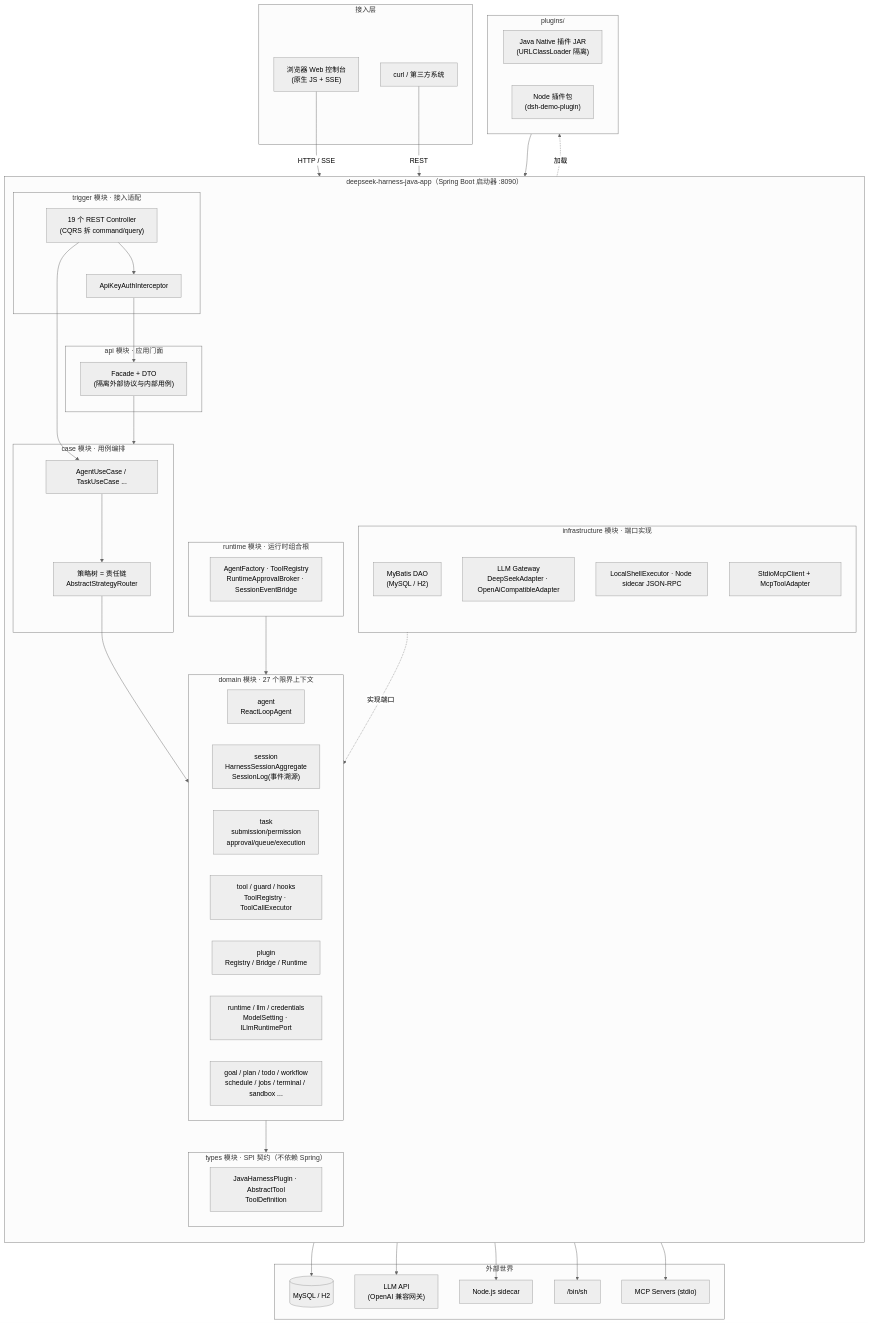
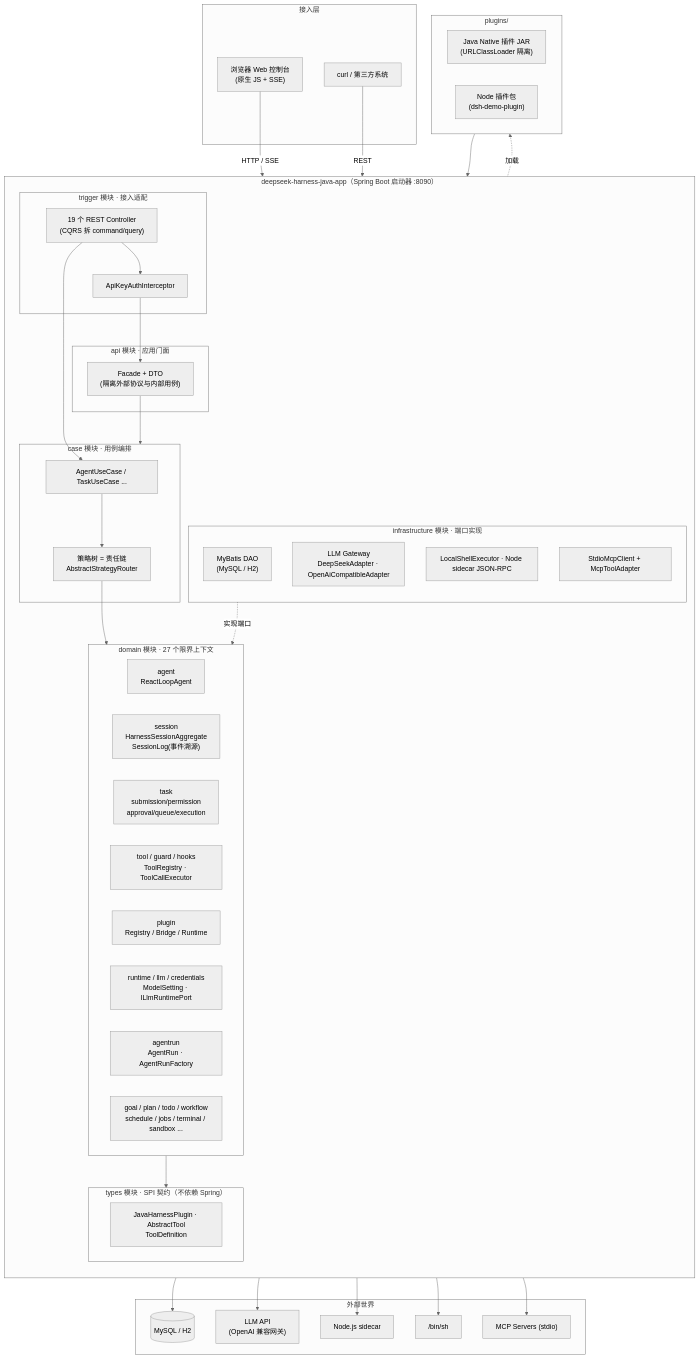
The first of 3 diagrams in README.md (Jaffrey29/XfgHarness), drawn with Mermaid (neutral theme) before and after one commit. The commit also changed other lines of this file and 169 other files, not shown here.

````diff
--- a/README.md
+++ b/README.md
@@ -226,81 +226,77 @@
 ```mermaid
 flowchart TB
     subgraph Clients["接入层"]
         Browser["浏览器 Web 控制台<br/>(原生 JS + SSE)"]
         Curl["curl / 第三方系统"]
     end
 
     subgraph Host["deepseek-harness-java-app（Spring Boot 启动器 :8090）"]
         direction TB
 
         subgraph Trigger["trigger 模块 · 接入适配"]
             Controllers["19 个 REST Controller<br/>(CQRS 拆 command/query)"]
             Auth["ApiKeyAuthInterceptor"]
-        end
-
-        subgraph Runtime["runtime 模块 · 运行时组合根"]
-            AgentRuntime["AgentFactory · ToolRegistry<br/>RuntimeApprovalBroker · SessionEventBridge"]
         end
 
         subgraph API["api 模块 · 应用门面"]
             Facade["Facade + DTO<br/>(隔离外部协议与内部用例)"]
         end
 
         subgraph Case["case 模块 · 用例编排"]
             UseCase["AgentUseCase / TaskUseCase ..."]
             Strategy["策略树 = 责任链<br/>AbstractStrategyRouter"]
         end
 
         subgraph Domain["domain 模块 · 27 个限界上下文"]
             direction LR
             AgentCore["agent<br/>ReactLoopAgent"]
             SessionD["session<br/>HarnessSessionAggregate<br/>SessionLog(事件溯源)"]
             TaskD["task<br/>submission/permission<br/>approval/queue/execution"]
             ToolD["tool / guard / hooks<br/>ToolRegistry · ToolCallExecutor"]
             PluginD["plugin<br/>Registry / Bridge / Runtime"]
             RuntimeD["runtime / llm / credentials<br/>ModelSetting · ILlmRuntimePort"]
+            AgentRunD["agentrun<br/>AgentRun · AgentRunFactory"]
             OtherD["goal / plan / todo / workflow<br/>schedule / jobs / terminal / sandbox ..."]
         end
 
         subgraph Types["types 模块 · SPI 契约（不依赖 Spring）"]
             SPI["JavaHarnessPlugin · AbstractTool<br/>ToolDefinition"]
         end
 
         subgraph Infra["infrastructure 模块 · 端口实现"]
             DAO["MyBatis DAO<br/>(MySQL / H2)"]
             LLMGW["LLM Gateway<br/>DeepSeekAdapter · OpenAiCompatibleAdapter"]
             ExecGW["LocalShellExecutor · Node sidecar JSON-RPC"]
             MCP["StdioMcpClient + McpToolAdapter"]
         end
     end
 
     subgraph External["外部世界"]
         DB[("MySQL / H2")]
         LLM["LLM API<br/>(OpenAI 兼容网关)"]
         Node["Node.js sidecar"]
         Shell["/bin/sh"]
         McpSvr["MCP Servers (stdio)"]
     end
 
     subgraph Plugins["plugins/"]
         JavaJar["Java Native 插件 JAR<br/>(URLClassLoader 隔离)"]
         NodePlugin["Node 插件包<br/>(dsh-demo-plugin)"]
     end
 
     Browser -- "HTTP / SSE" --> Controllers
     Curl -- "REST" --> Controllers
     Controllers --> Auth --> Facade
     Controllers --> UseCase
     UseCase --> Strategy --> Domain
     Facade --> Case
-    Runtime --> Domain
     Infra -.实现端口.-> Domain
     Domain --> Types
     Plugins --> Types
     DAO --> DB
     LLMGW --> LLM
     ExecGW --> Node
     ExecGW --> Shell
     MCP --> McpSvr
     PluginD -.加载.-> Plugins
 ```
````
